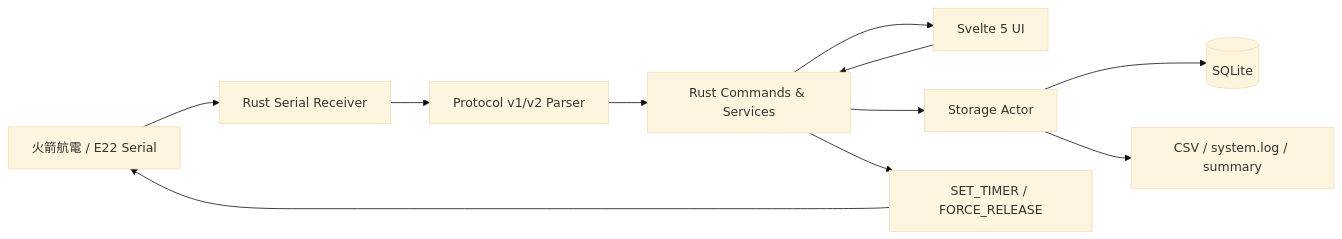
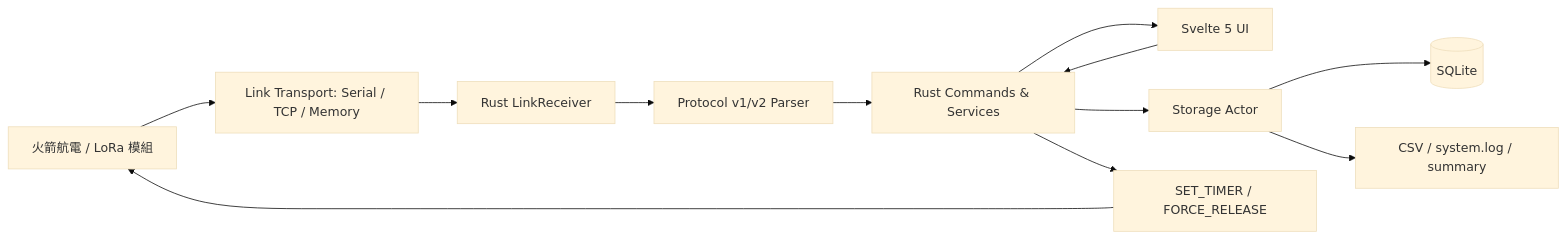
One commit to John-owo/-2026-TaiwanCup-Rocket-Ground-Station changed the diagram in README.md. Above: the diagram before and after it, drawn with Mermaid (base theme). The commit also changed other lines of this file and 11 other files, not shown here.

First line of the commit message:
refactor: introduce pluggable link transport layer

````diff
--- a/README.md
+++ b/README.md
@@ -234,13 +236,14 @@
 ```mermaid
 graph LR
-    A[火箭航電 / E22 Serial] --> B[Rust Serial Receiver]
+    A[火箭航電 / LoRa 模組] --> L[Link Transport: Serial / TCP / Memory]
+    L --> B[Rust LinkReceiver]
     B --> C[Protocol v1/v2 Parser]
     C --> D[Rust Commands & Services]
     D --> E[Svelte 5 UI]
     D --> F[Storage Actor]
     F --> G[(SQLite)]
     F --> H[CSV / system.log / summary]
     E --> D
     D --> I[SET_TIMER / FORCE_RELEASE]
     I --> A
 ```
````
